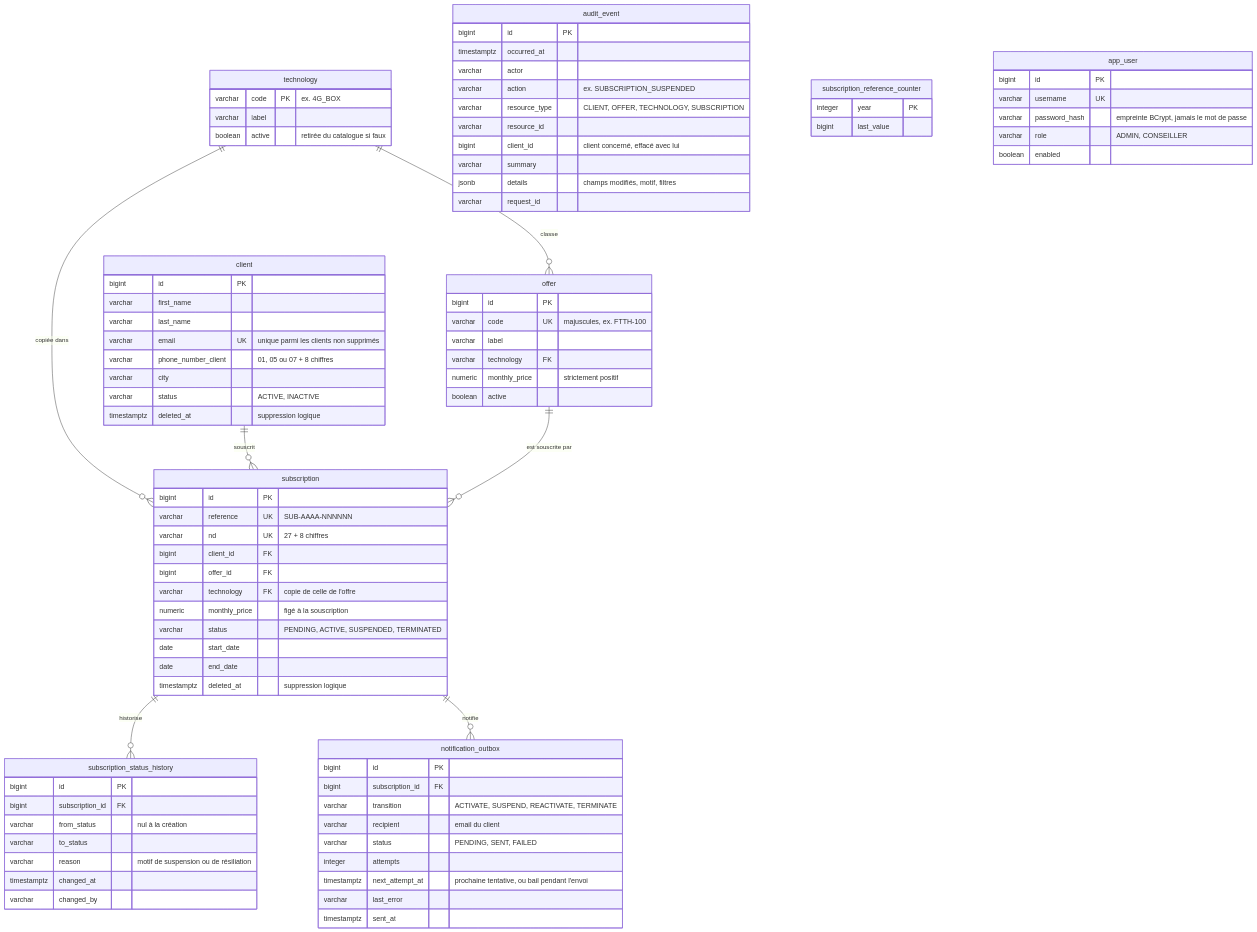
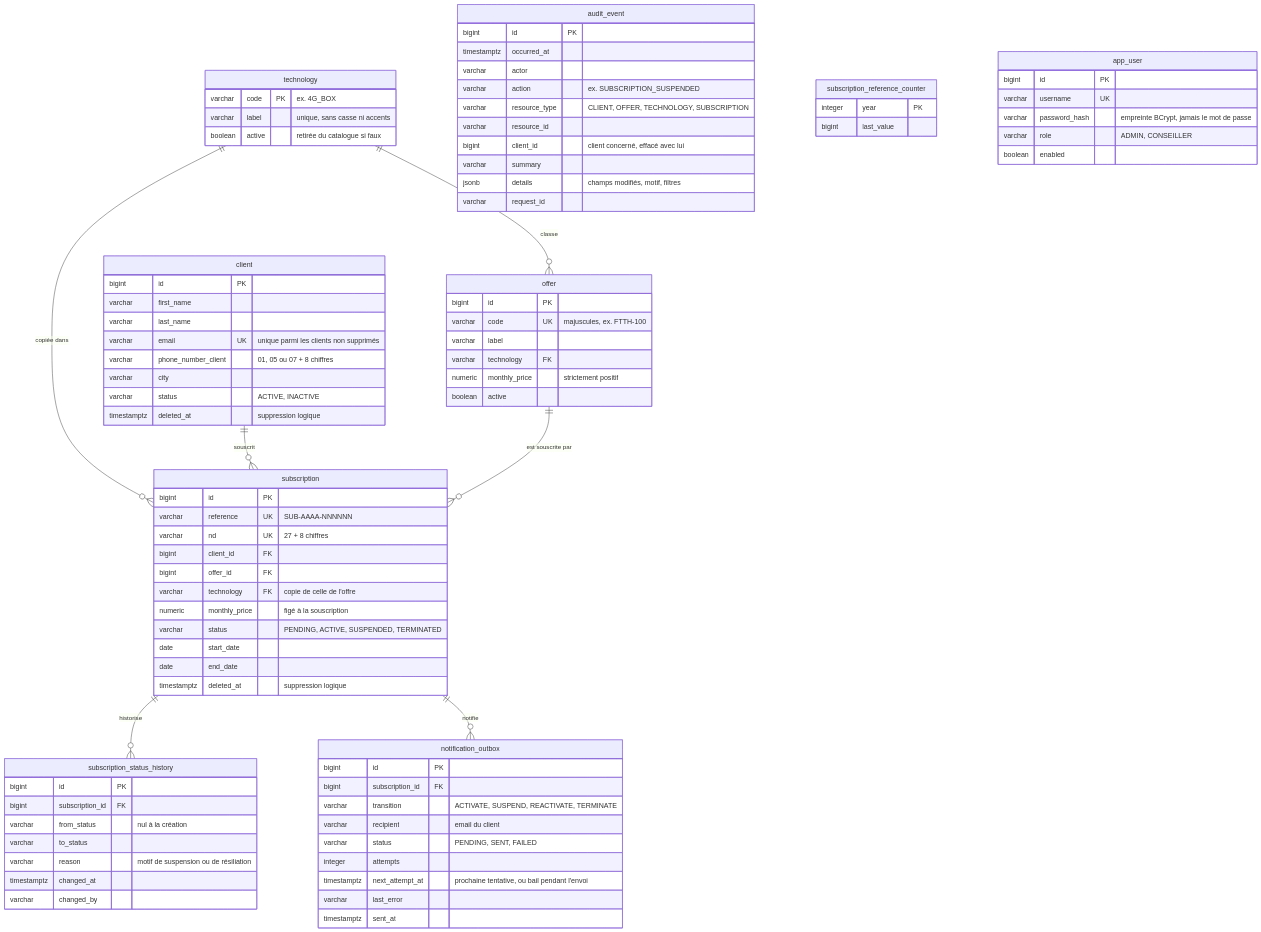
One commit to Ultimatu/subscription-test-api changed the diagram in docs/base-de-donnees.md. Above: the diagram before and after it, drawn with Mermaid. The commit also changed other lines of this file and 12 other files, not shown here.

First line of the commit message:
feat: require a unique technology label, ignoring case and accents

```diff
--- a/docs/base-de-donnees.md
+++ b/docs/base-de-donnees.md
@@ -15,7 +15,7 @@
 
     technology {
         varchar code PK "ex. 4G_BOX"
-        varchar label
+        varchar label "unique, sans casse ni accents"
         boolean active "retirée du catalogue si faux"
     }
     offer {
```
